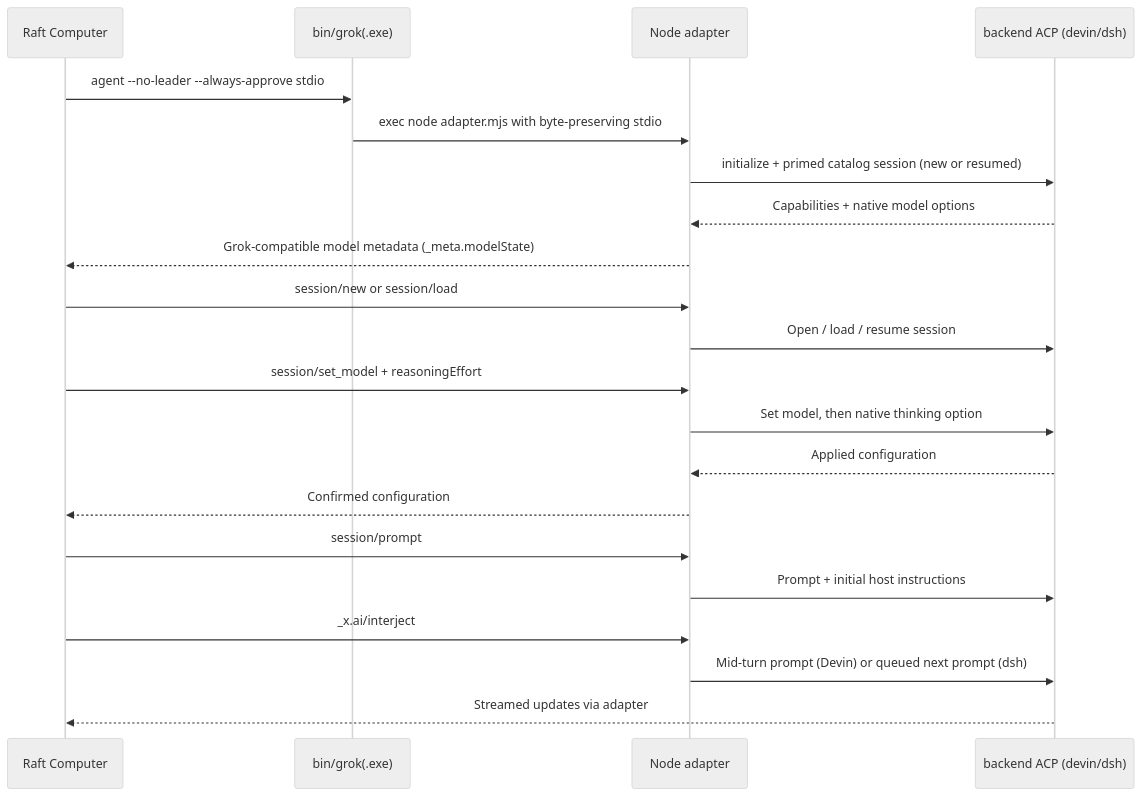
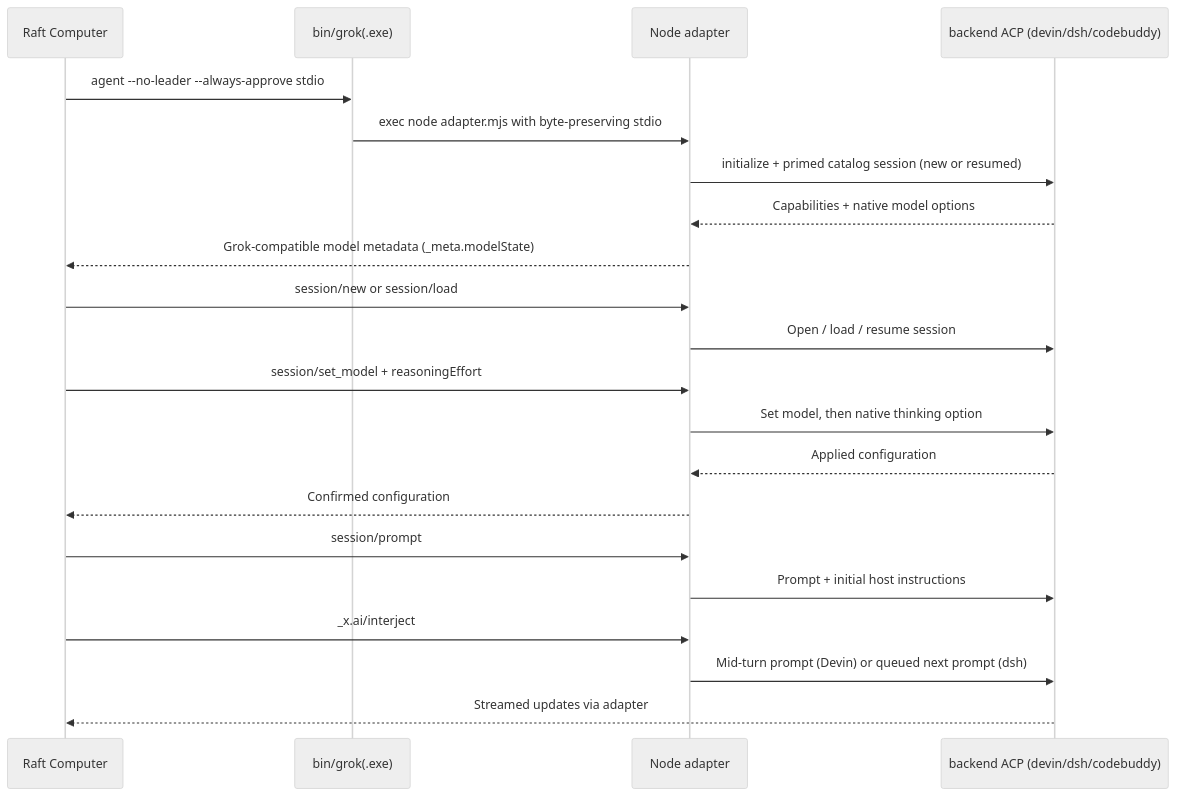
Before and after one commit to CST18057/raft-agent-adapter: the diagram in docs/architecture.md, drawn with Mermaid (neutral theme). The commit also changed other lines of this file and 11 other files, not shown here.

First line of the commit message:
feat: add CodeBuddy Code backend behind the Grok ACP slot

````diff
--- a/docs/architecture.md
+++ b/docs/architecture.md
@@ -5,23 +5,23 @@
 ```mermaid
 sequenceDiagram
     participant R as Raft Computer
     participant L as bin/grok(.exe)
     participant A as Node adapter
-    participant D as backend ACP (devin/dsh)
+    participant D as backend ACP (devin/dsh/codebuddy)
     R->>L: agent --no-leader --always-approve stdio
     L->>A: exec node adapter.mjs with byte-preserving stdio
     A->>D: initialize + primed catalog session (new or resumed)
     D-->>A: Capabilities + native model options
     A-->>R: Grok-compatible model metadata (_meta.modelState)
     R->>A: session/new or session/load
     A->>D: Open / load / resume session
     R->>A: session/set_model + reasoningEffort
     A->>D: Set model, then native thinking option
     D-->>A: Applied configuration
     A-->>R: Confirmed configuration
     R->>A: session/prompt
     A->>D: Prompt + initial host instructions
     R->>A: _x.ai/interject
     A->>D: Mid-turn prompt (Devin) or queued next prompt (dsh)
     D-->>R: Streamed updates via adapter
 ```
````
